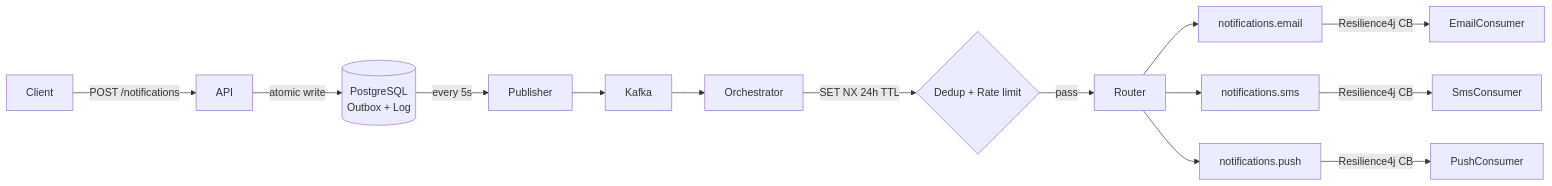
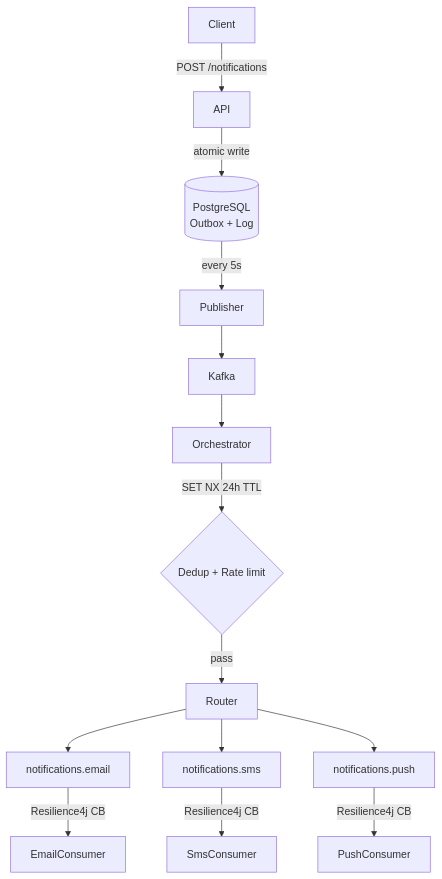
The diagram in README.md (MUhammadXZ/notification-platform), drawn with Mermaid before and after one commit.

Commit message:
fix: change diagram orientation to TD for better readability

````diff
--- a/README.md
+++ b/README.md
@@ -15,16 +15,16 @@
 ```mermaid
-flowchart LR
+flowchart TD
     Client -->|POST /notifications| API
     API -->|atomic write| DB[(PostgreSQL\nOutbox + Log)]
     DB -->|every 5s| Publisher
     Publisher --> Kafka
     Kafka --> Orchestrator
     Orchestrator -->|SET NX 24h TTL| Redis{Dedup + Rate limit}
     Redis -->|pass| Router
     Router --> Email[notifications.email]
     Router --> SMS[notifications.sms]
     Router --> Push[notifications.push]
     Email -->|Resilience4j CB| EmailConsumer
     SMS -->|Resilience4j CB| SmsConsumer
     Push -->|Resilience4j CB| PushConsumer
 ```
````
